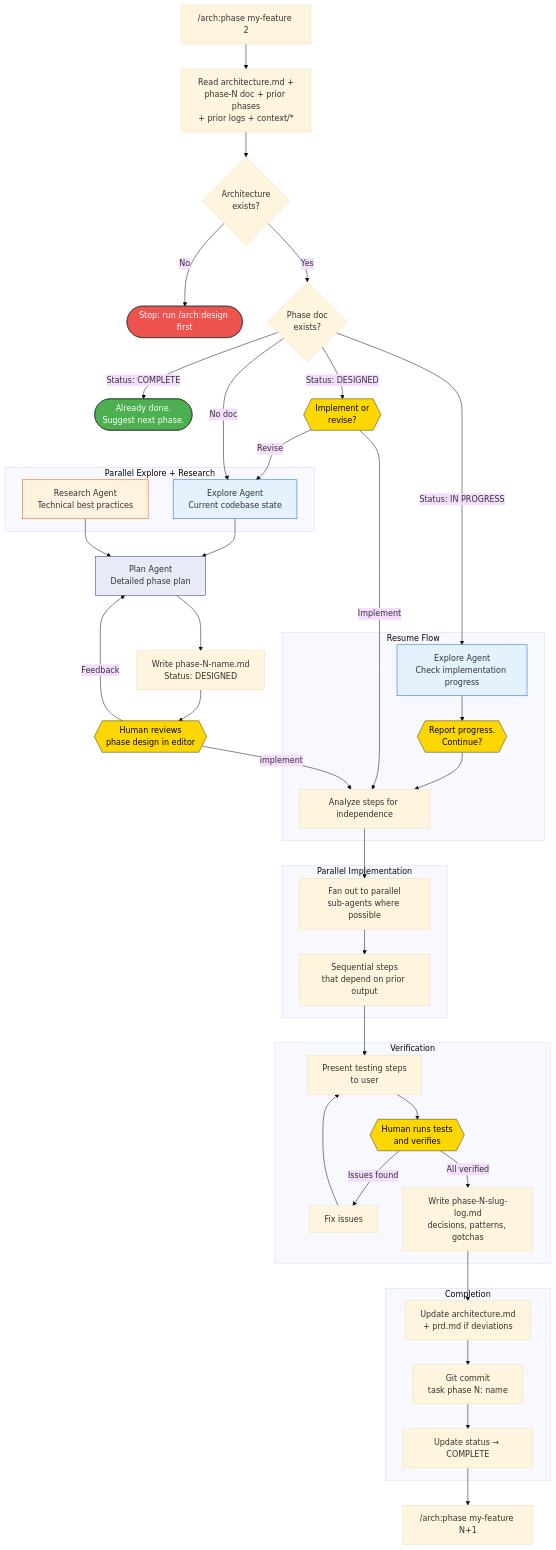
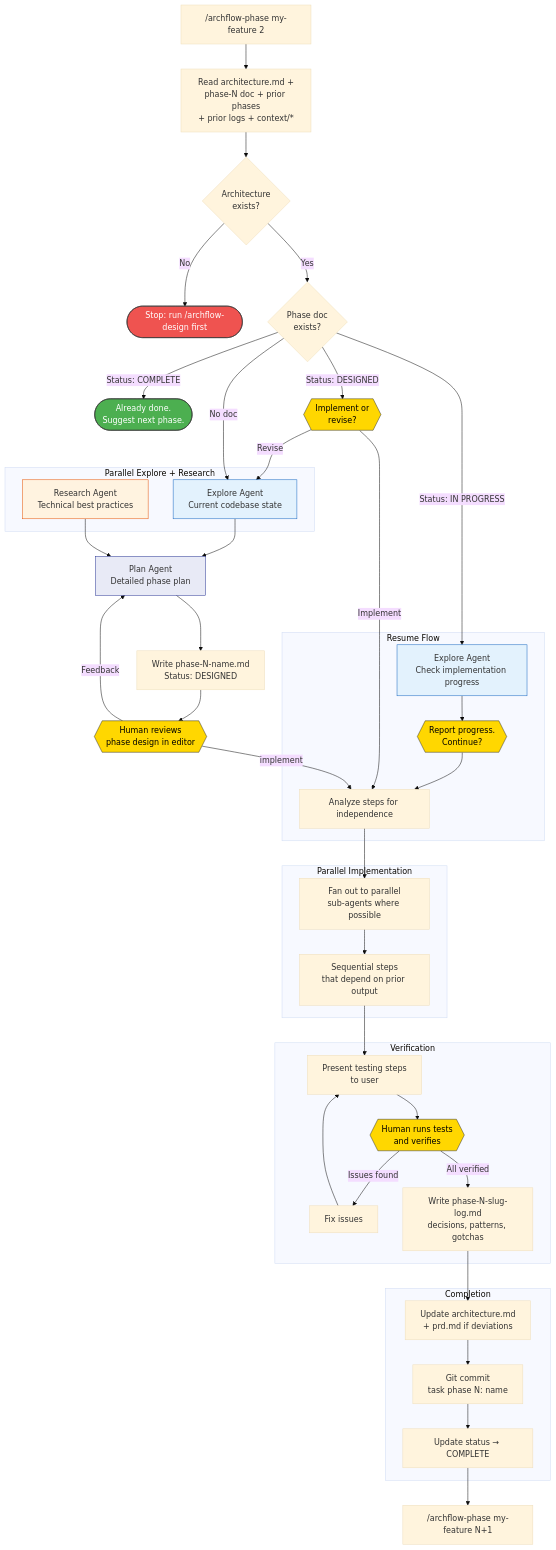
The seventh of 12 diagrams in docs/archflow-process.md (Aroton/ArchflowV2), drawn with Mermaid (base theme) before and after one commit. The commit also changed other lines of this file and 13 other files, not shown here.

````diff
--- a/docs/archflow-process.md
+++ b/docs/archflow-process.md
@@ -237,67 +237,67 @@
 ```mermaid
 flowchart TD
-    PH0["/arch:phase my-feature 2"] --> PH_read[Read architecture.md +<br/>phase-N doc + prior phases<br/>+ prior logs + context/*]
+    PH0["/archflow-phase my-feature 2"] --> PH_read[Read architecture.md +<br/>phase-N doc + prior phases<br/>+ prior logs + context/*]
     PH_read --> PH_check{Architecture<br/>exists?}
-    PH_check -->|No| PH_stop([Stop: run /arch:design first])
+    PH_check -->|No| PH_stop([Stop: run /archflow-design first])
     PH_check -->|Yes| PH1{Phase doc<br/>exists?}
 
     PH1 -->|"Status: COMPLETE"| PH_done([Already done.<br/>Suggest next phase.])
     PH1 -->|"Status: IN PROGRESS"| PH_resume
 
     subgraph "Resume Flow"
         PH_resume[Explore Agent<br/>Check implementation progress] --> PH_report{{Report progress.<br/>Continue?}}
         PH_report --> PH_impl
     end
 
     PH1 -->|"Status: DESIGNED"| PH_ask{{Implement or<br/>revise?}}
     PH_ask -->|Revise| PH2
     PH_ask -->|Implement| PH_impl
 
     PH1 -->|No doc| PH2
 
     subgraph "Parallel Explore + Research"
         PH2[Explore Agent<br/>Current codebase state]
         PH3[Research Agent<br/>Technical best practices]
     end
 
     PH2 --> PH4
     PH3 --> PH4
 
     PH4[Plan Agent<br/>Detailed phase plan] --> PH5[Write phase-N-name.md<br/>Status: DESIGNED]
 
     PH5 --> PH6{{Human reviews<br/>phase design in editor}}
     PH6 -->|Feedback| PH4
     PH6 -->|"implement"| PH_impl
 
     subgraph "Parallel Implementation"
         PH_impl[Analyze steps for independence] --> PH_parallel[Fan out to parallel<br/>sub-agents where possible]
         PH_parallel --> PH_sequential[Sequential steps<br/>that depend on prior output]
     end
 
     PH_sequential --> PH_verify
 
     subgraph "Verification"
         PH_verify[Present testing steps<br/>to user] --> PH_human_test{{Human runs tests<br/>and verifies}}
         PH_human_test -->|Issues found| PH_fix[Fix issues] --> PH_verify
         PH_human_test -->|All verified| PH_log
     end
 
     subgraph "Completion"
         PH_log[Write phase-N-slug-log.md<br/>decisions, patterns, gotchas] --> PH_parent[Update architecture.md<br/>+ prd.md if deviations]
         PH_parent --> PH_commit[Git commit<br/>task phase N: name]
         PH_commit --> PH_update[Update status → COMPLETE]
     end
 
-    PH_update --> PH_next["/arch:phase my-feature N+1"]
+    PH_update --> PH_next["/archflow-phase my-feature N+1"]
 
     style PH2 fill:#e3f2fd,stroke:#1565c0
     style PH3 fill:#fff3e0,stroke:#e65100
     style PH4 fill:#e8eaf6,stroke:#283593
     style PH_resume fill:#e3f2fd,stroke:#1565c0
     style PH6 fill:#ffd700,stroke:#333,color:#000
     style PH_ask fill:#ffd700,stroke:#333,color:#000
     style PH_report fill:#ffd700,stroke:#333,color:#000
     style PH_human_test fill:#ffd700,stroke:#333,color:#000
     style PH_stop fill:#ef5350,stroke:#333,color:#fff
     style PH_done fill:#4CAF50,stroke:#333,color:#fff
 ```
````
